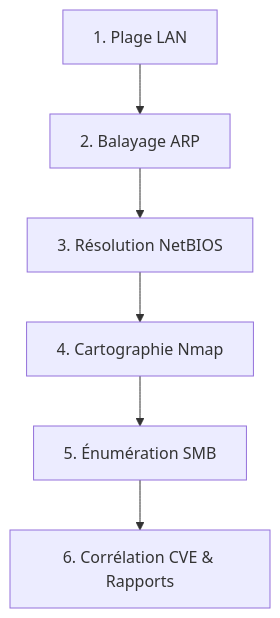
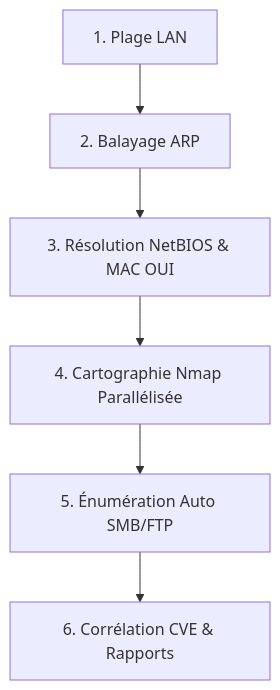
Before and after one commit to Ronan-Bozoc-cyber/matrix-scanner: the third of 3 diagrams in README.md, drawn with Mermaid. The commit also changed other lines of this file and 2 other files, not shown here.

Commit message:
docs: mise à jour des workflows pour le scanner local (parallélisation, auto-enum, OUI MAC)

````diff
--- a/README.md
+++ b/README.md
@@ -162,8 +162,8 @@
 ```mermaid
 graph TD
     A[1. Plage LAN] --> B[2. Balayage ARP]
-    B --> C[3. Résolution NetBIOS]
-    C --> D[4. Cartographie Nmap]
-    D --> E[5. Énumération SMB]
+    B --> C[3. Résolution NetBIOS & MAC OUI]
+    C --> D[4. Cartographie Nmap Parallélisée]
+    D --> E[5. Énumération Auto SMB/FTP]
     E --> F[6. Corrélation CVE & Rapports]
 ```
````
